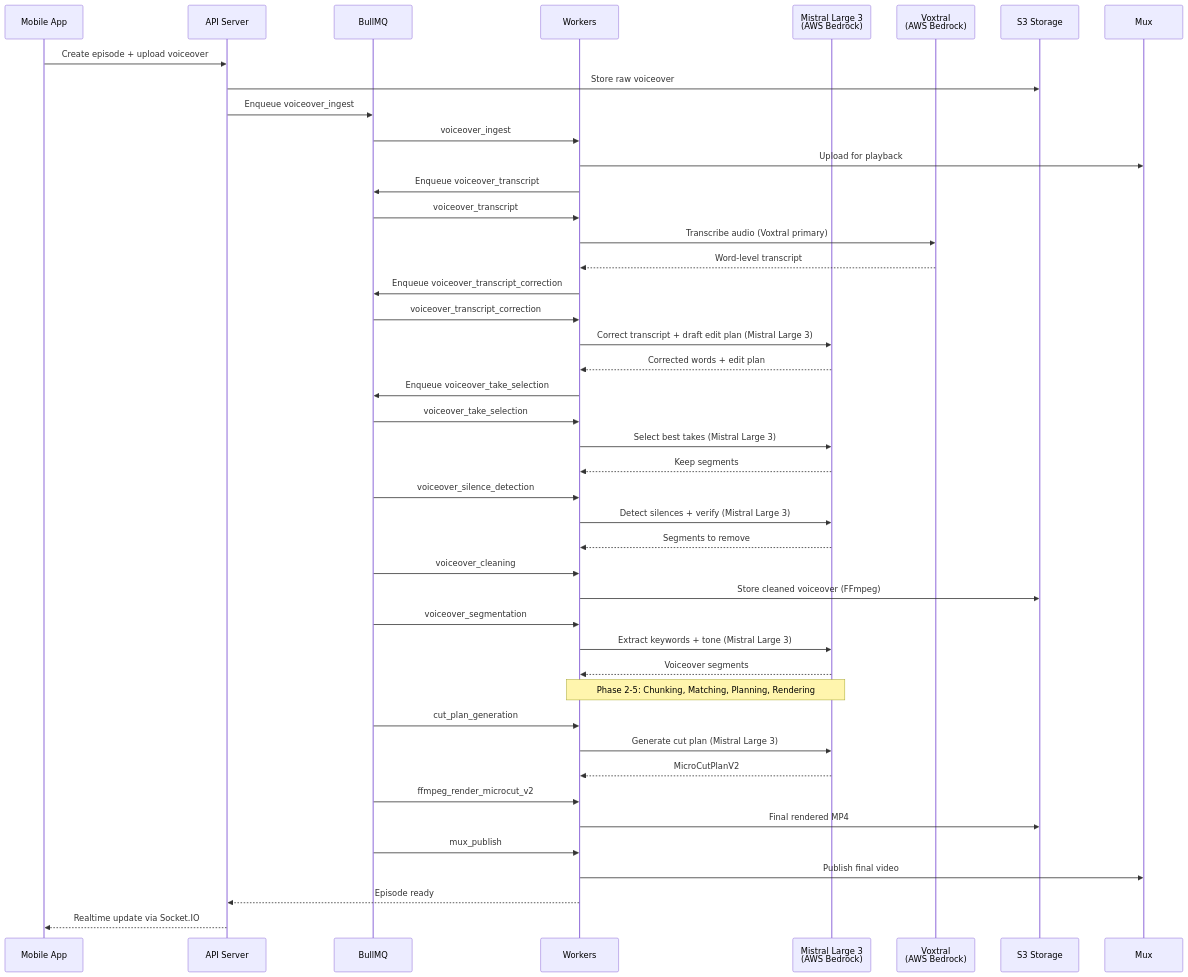
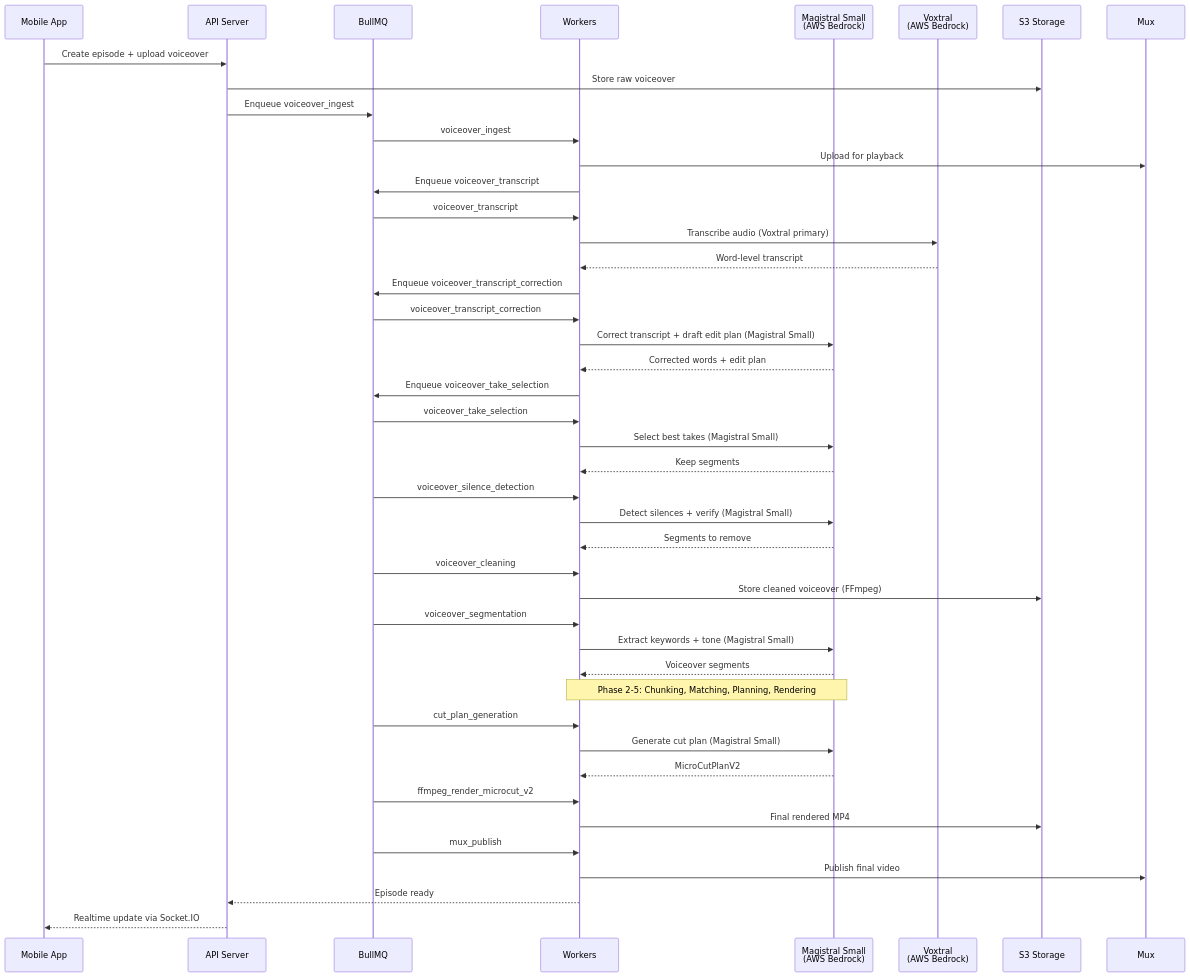
The third of 3 diagrams in ARCHITECTURE.md (Hamza-Rivon/webl-hackathon), drawn with Mermaid before and after one commit. The commit also changed other lines of this file and 82 other files, not shown here.

Commit message:
Update architecture documentation to reflect changes in AI model usages. Introduce PITCH.md for project overview and objectives, detailing the AI video editing platform's capabilities and workflow.

````diff
--- a/ARCHITECTURE.md
+++ b/ARCHITECTURE.md
@@ -304,57 +304,57 @@
 ```mermaid
 sequenceDiagram
     participant App as Mobile App
     participant API as API Server
     participant Q as BullMQ
     participant W as Workers
-    participant ML3 as Mistral Large 3<br/>(AWS Bedrock)
+    participant ML3 as Magistral Small<br/>(AWS Bedrock)
     participant VOX as Voxtral<br/>(AWS Bedrock)
     participant S3 as S3 Storage
     participant Mux as Mux
 
     App->>API: Create episode + upload voiceover
     API->>S3: Store raw voiceover
     API->>Q: Enqueue voiceover_ingest
 
     Q->>W: voiceover_ingest
     W->>Mux: Upload for playback
     W->>Q: Enqueue voiceover_transcript
 
     Q->>W: voiceover_transcript
     W->>VOX: Transcribe audio (Voxtral primary)
     VOX-->>W: Word-level transcript
     W->>Q: Enqueue voiceover_transcript_correction
 
     Q->>W: voiceover_transcript_correction
-    W->>ML3: Correct transcript + draft edit plan (Mistral Large 3)
+    W->>ML3: Correct transcript + draft edit plan (Magistral Small)
     ML3-->>W: Corrected words + edit plan
     W->>Q: Enqueue voiceover_take_selection
 
     Q->>W: voiceover_take_selection
-    W->>ML3: Select best takes (Mistral Large 3)
+    W->>ML3: Select best takes (Magistral Small)
     ML3-->>W: Keep segments
 
     Q->>W: voiceover_silence_detection
-    W->>ML3: Detect silences + verify (Mistral Large 3)
+    W->>ML3: Detect silences + verify (Magistral Small)
     ML3-->>W: Segments to remove
 
     Q->>W: voiceover_cleaning
     W->>S3: Store cleaned voiceover (FFmpeg)
 
     Q->>W: voiceover_segmentation
-    W->>ML3: Extract keywords + tone (Mistral Large 3)
+    W->>ML3: Extract keywords + tone (Magistral Small)
     ML3-->>W: Voiceover segments
 
     Note over W,ML3: Phase 2-5: Chunking, Matching, Planning, Rendering
     Q->>W: cut_plan_generation
-    W->>ML3: Generate cut plan (Mistral Large 3)
+    W->>ML3: Generate cut plan (Magistral Small)
     ML3-->>W: MicroCutPlanV2
 
     Q->>W: ffmpeg_render_microcut_v2
     W->>S3: Final rendered MP4
 
     Q->>W: mux_publish
     W->>Mux: Publish final video
     W-->>API: Episode ready
     API-->>App: Realtime update via Socket.IO
 ```
````
